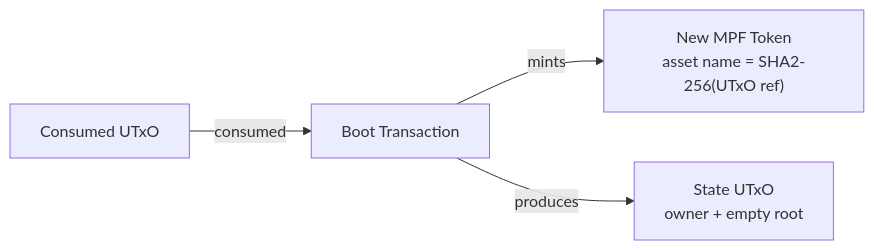
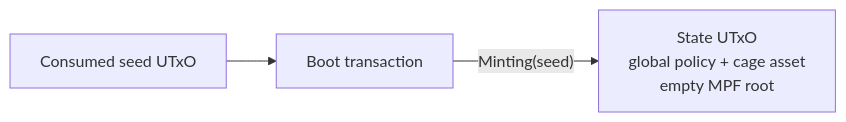
One commit to cardano-foundation/cardano-mpfs-onchain changed the first of 2 diagrams in docs/architecture/validators.md. Above: the diagram before and after it, drawn with Mermaid. The commit also changed other lines of this file and 41 other files, not shown here.

````diff
--- a/docs/architecture/validators.md
+++ b/docs/architecture/validators.md
@@ -53,11 +61,9 @@
 ```mermaid
 graph LR
-    TX["Boot Transaction"]
-    UTXO["Consumed UTxO"]
-    TOKEN["New MPF Token<br/>asset name = SHA2-256(UTxO ref)"]
-    STATE["State UTxO<br/>owner + empty root"]
+    UTXO["Consumed seed UTxO"]
+    TX["Boot transaction"]
+    STATE["State UTxO<br/>global policy + cage asset<br/>empty MPF root"]
 
-    UTXO -->|consumed| TX
-    TX -->|mints| TOKEN
-    TX -->|produces| STATE
+    UTXO --> TX
+    TX -->|"Minting(seed)"| STATE
 ```
````
